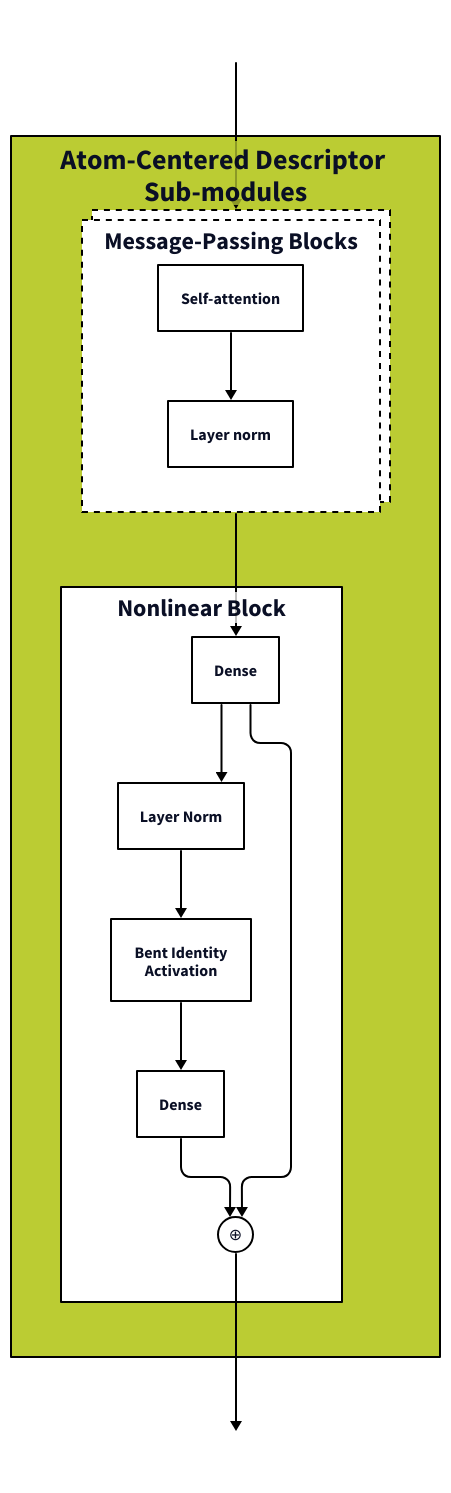
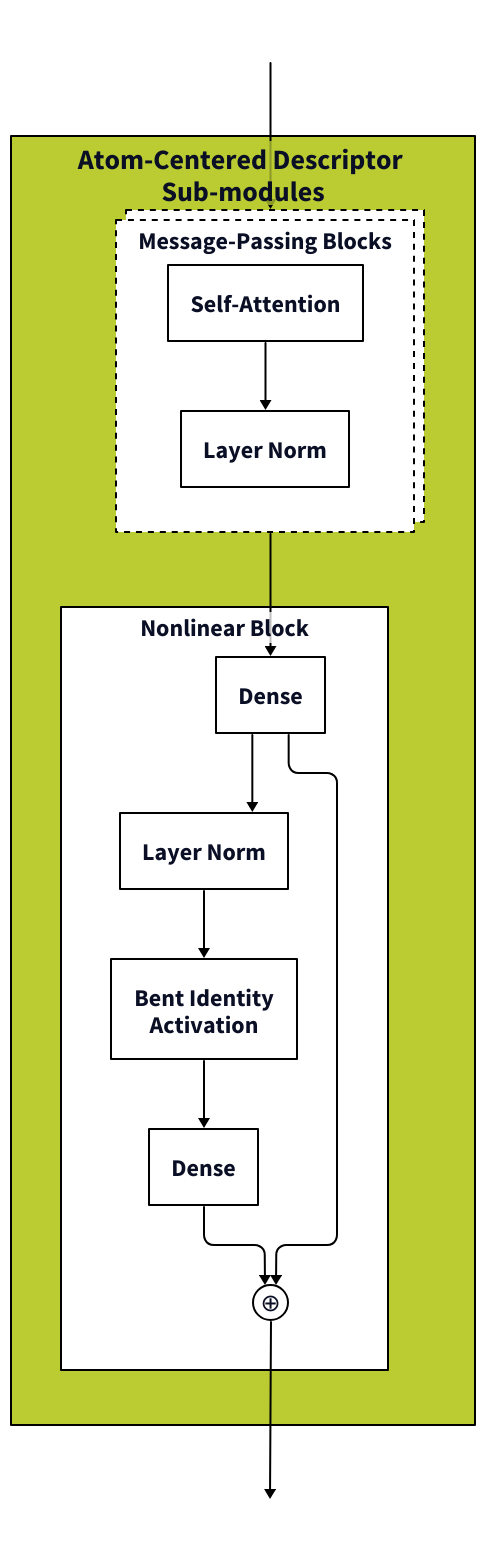
The diagram in architecture_figures/2b_ac_submodules.d2 (SamsungDS/gears_h), drawn with D2 before and after one commit. The commit also changed 3 other files, not shown here.

```diff
--- a/architecture_figures/2b_ac_submodules.d2
+++ b/architecture_figures/2b_ac_submodules.d2
@@ -1,112 +1,115 @@
 # direction: right
  
 vars: {
     d2-config: {
       layout-engine: elk
       pad: 10
     #   theme-id: 101
     }
 }
 
 ac: Atom-Centered Descriptor \n Sub-modules {
     class: ac
     mp_block:  Message-Passing Blocks {
         class: in_module
         direction: right
         style: {stroke-dash: 3; multiple: true}
-        sa: Self-attention {class: in_module}
-        mpln: Layer norm{class: in_module}
+        sa: Self-Attention {class: in_module}
+        mpln: Layer Norm{class: in_module}
         sa -> mpln: {style: {stroke: "#000000"; font-color: black}}
     }
     nl_block: Nonlinear Block {
         class: in_module
         nld1: Dense {class: in_module}
         nld2: Dense {class: in_module}
         nlln: Layer Norm {class: in_module}
         nlbia: Bent Identity\nActivation {class: in_module}
         nlrc: ⊕ {class: operator}
         nld1 -> nlln -> nlbia -> nld2: {style: {stroke: "#000000"; font-color: black}}
         nld1 -> nlrc: {style: {stroke: "#000000"; font-color: black}}
         nld2 -> nlrc: {style: {stroke: "#000000"; font-color: black}}
     }
 
     mp_block -> nl_block.nld1: {style: {stroke: "#000000"; font-color: black}}
 }
 embedding_for_rescon: {class: empty; label: ""}
 indexed_sum_for_mp: {class: empty; label: ""}
 indexed_sum_for_mp -> ac.mp_block: {style: {stroke: "#000000"; font-color: black}}
 nlout: {class: empty; label: ""}
 ac.nl_block.nlrc -> nlout: {style: {stroke: "#000000"; font-color: black}}
 
 classes: {
     operator: {shape: circle
                width: 35
                height: 35
                style: {fill: "#FFFFFF"
                        stroke: "#000000"
+                       font-size: 24
                       }
     }
     empty: {
             width: 50
             height: 50
             style: {
                 fill: transparent
                 stroke: transparent
                 font-size: 24
             }
     }
     sarb: {
         style: {
             fill: "#44BB99"
             stroke: "#000000"
         }
     }
     in_module: {
         style: {
             fill: "#FFFFFF"
             stroke: "#000000"
             bold: true
+            font-size: 24
         }
     }
     ac: {
         style: {
             fill: "#BBCC33"
             stroke: "#000000"
             bold: true
+            font-size: 28
         }
     }
     bc: {
         style: {
             fill: "#EEDD88"
             stroke: "#000000"
         }
     }
     rd: {
         style: {
             fill: "#EE8866"
             stroke: "#000000"
         }
     }
     ro: {
         style: {
             fill: "#FFAABB"
             stroke: "#000000"
         }
     }
     outs: {
         style: {
             fill: "#DDDDDD"
             stroke: "#000000"
             multiple: true
         }
     }
     input : {
         width: 50
         height: 50
         style: {
             fill: "#99DDFF"
             stroke: "#000000"
             multiple: true
         }
     }
 }
```
